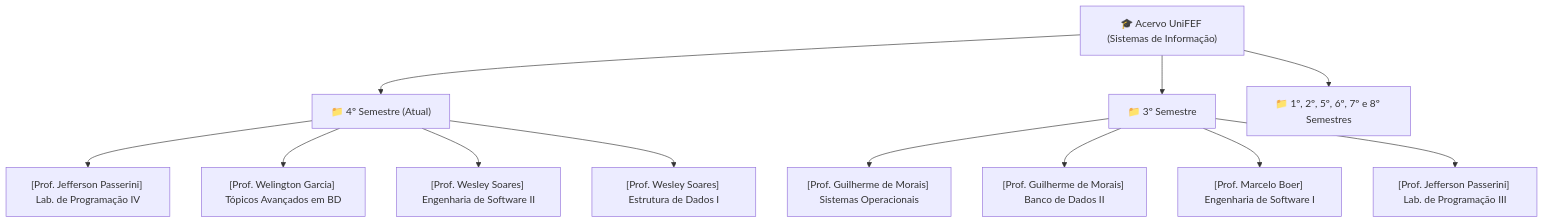
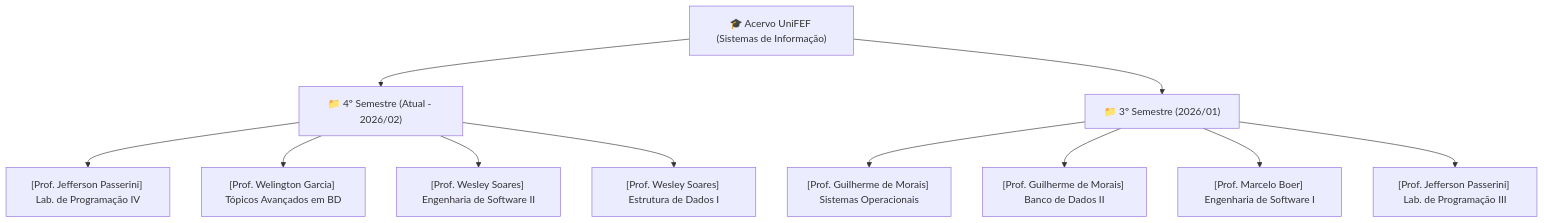
Before and after one commit to murilolol/unifef: the diagram in README.md, drawn with Mermaid. The commit also changed other lines of this file and 6 other files, not shown here.

````diff
--- a/README.md
+++ b/README.md
@@ -40,17 +39,16 @@
 ```mermaid
 graph TD
     Root["🎓 Acervo UniFEF (Sistemas de Informação)"]
-    Root --> Sem4["📁 4º Semestre (Atual)"]
-    Root --> Sem3["📁 3º Semestre"]
-    Root --> SemRest["📁 1º, 2º, 5º, 6º, 7º e 8º Semestres"]
+    Root --> Sem4["📁 4º Semestre (Atual - 2026/02)"]
+    Root --> Sem3["📁 3º Semestre (2026/01)"]
 
     Sem4 --> S4_Lab4["[Prof. Jefferson Passerini] Lab. de Programação IV"]
     Sem4 --> S4_TopBD["[Prof. Welington Garcia] Tópicos Avançados em BD"]
     Sem4 --> S4_EngSoft2["[Prof. Wesley Soares] Engenharia de Software II"]
     Sem4 --> S4_ED1["[Prof. Wesley Soares] Estrutura de Dados I"]
 
     Sem3 --> S3_SO["[Prof. Guilherme de Morais] Sistemas Operacionais"]
     Sem3 --> S3_BD2["[Prof. Guilherme de Morais] Banco de Dados II"]
     Sem3 --> S3_EngSoft1["[Prof. Marcelo Boer] Engenharia de Software I"]
     Sem3 --> S3_Lab3["[Prof. Jefferson Passerini] Lab. de Programação III"]
 ```
````
